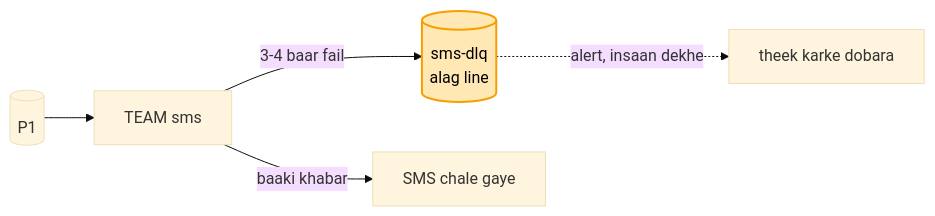
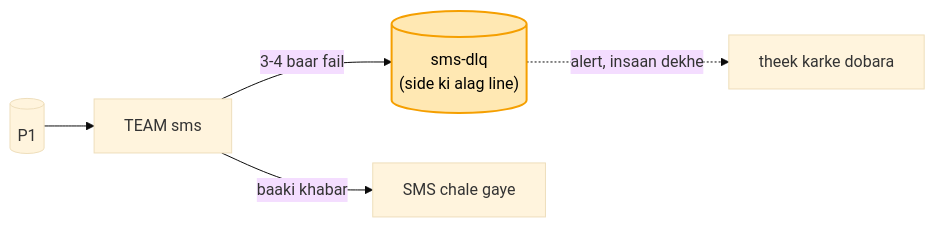
One commit to ArpanMaheshwari144/Prep changed the eighth of 8 diagrams in 04_HLD/SYSTEM_DESIGNS/12_message_queue_kafka/12_message_queue_kafka.md. Above: the diagram before and after it, drawn with Mermaid (base theme). The commit also changed other lines of this file and 1 other file, not shown here.

Commit message:
HLD kafka main file: har kadam pe ek Stadium line + diagram me technical naam ke saath bracket me stadium naam; notes block 6 checker (bookmark consumer likhta)

````diff
--- a/04_HLD/SYSTEM_DESIGNS/12_message_queue_kafka/12_message_queue_kafka.md
+++ b/04_HLD/SYSTEM_DESIGNS/12_message_queue_kafka/12_message_queue_kafka.md
@@ -342,8 +358,8 @@
 ```mermaid
 flowchart LR
     P1[("P1")] --> S["TEAM sms"]
-    S -- "3-4 baar fail" --> Q[("sms-dlq<br/>alag line")]
+    S -- "3-4 baar fail" --> Q[("sms-dlq<br/>(side ki alag line)")]
     S -- "baaki khabar" --> OK["SMS chale gaye"]
     Q -. "alert, insaan dekhe" .-> H["theek karke dobara"]
     style Q fill:#ffe8b3,stroke:#f59f00,stroke-width:2px,color:#000
 ```
````
